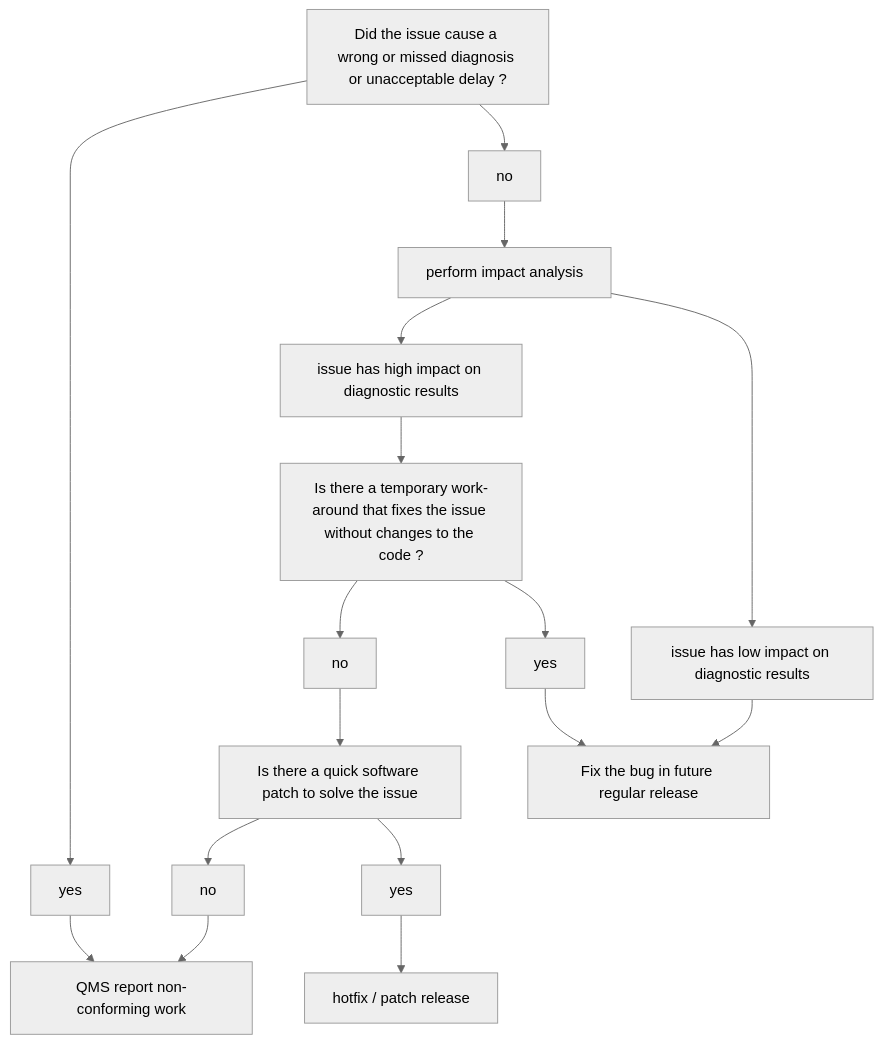
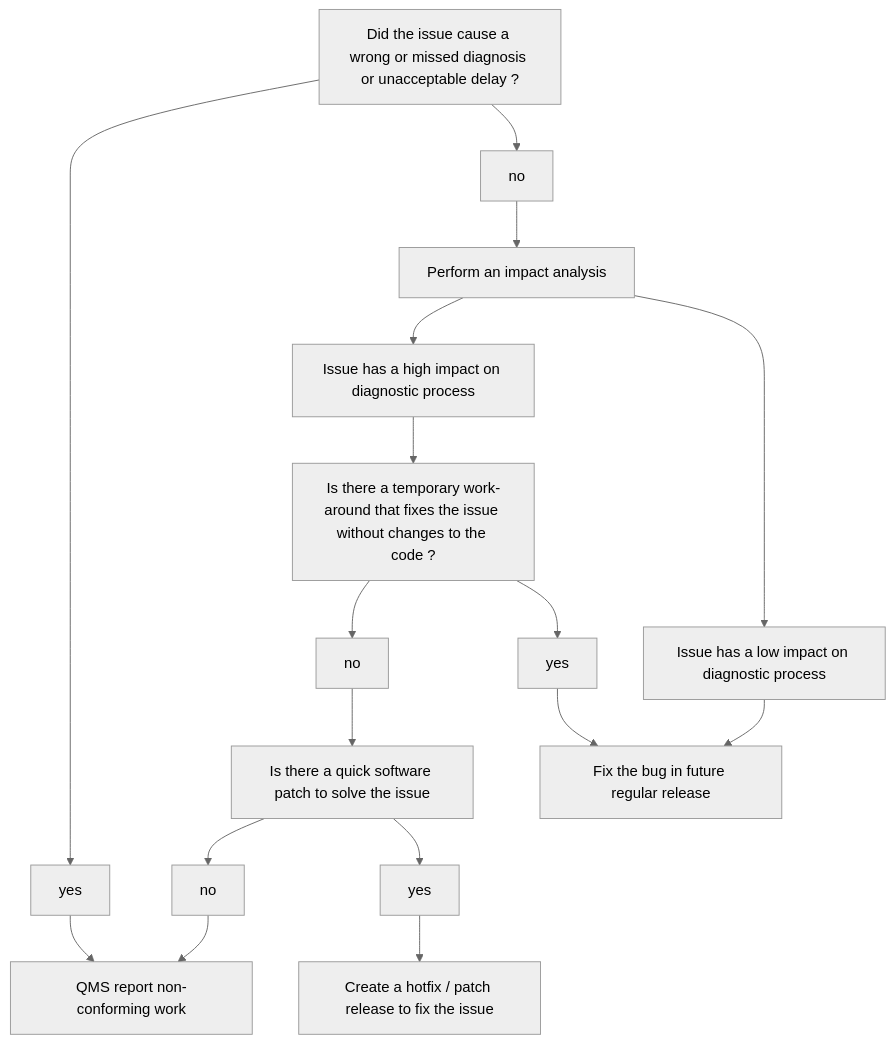
One commit to VKGL-Kwaliteit/BioinformaticaVeldnorm changed the diagram in docs/fieldnorm/feedback.md. Above: the diagram before and after it, drawn with Mermaid (neutral theme).

Commit message:
Fixed typos in flow-chart

````diff
--- a/docs/fieldnorm/feedback.md
+++ b/docs/fieldnorm/feedback.md
@@ -28,20 +28,20 @@
 ```mermaid
 graph TD;
     A[Did the issue cause a wrong or missed diagnosis or unacceptable delay ?]-->B[yes];
     A-->D[no];
-    D-->X[perform impact analysis]
-    X-->Y[issue has high impact on diagnostic results]
-    X-->Z[issue has low impact on diagnostic results]
+    D-->X[Perform an impact analysis]
+    X-->Y[Issue has a high impact on diagnostic process]
+    X-->Z[Issue has a low impact on diagnostic process]
     Z-->G
     Y-->C[Is there a temporary work-around that fixes the issue without changes to the code ? ];
     B-->E[QMS report non-conforming work];
-    M-->F[hotfix / patch release];
+    M-->F[Create a hotfix / patch release to fix the issue];
     C-->I[no];
     C-->J[yes];
     J-->G[Fix the bug in future regular release];
     I-->K[Is there a quick software patch to solve the issue]
     K-->L[no]
     K-->M[yes]
     L-->E
 
 ```
````
